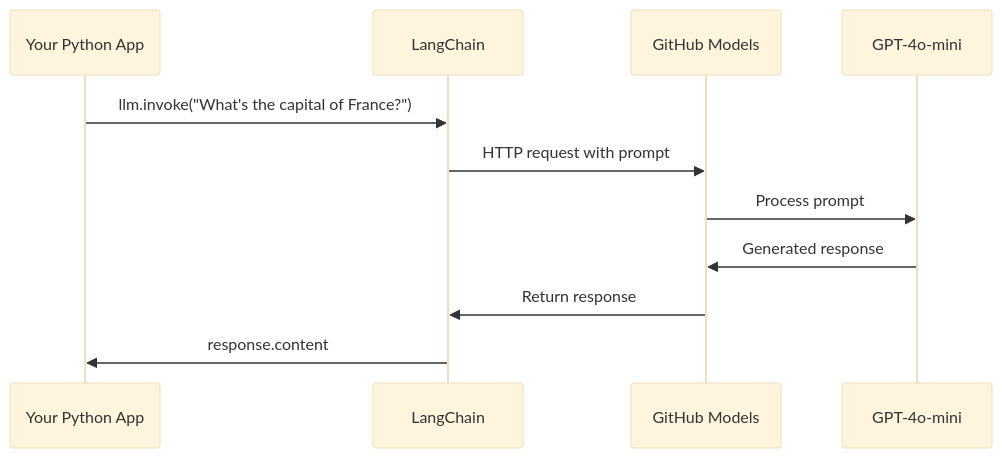
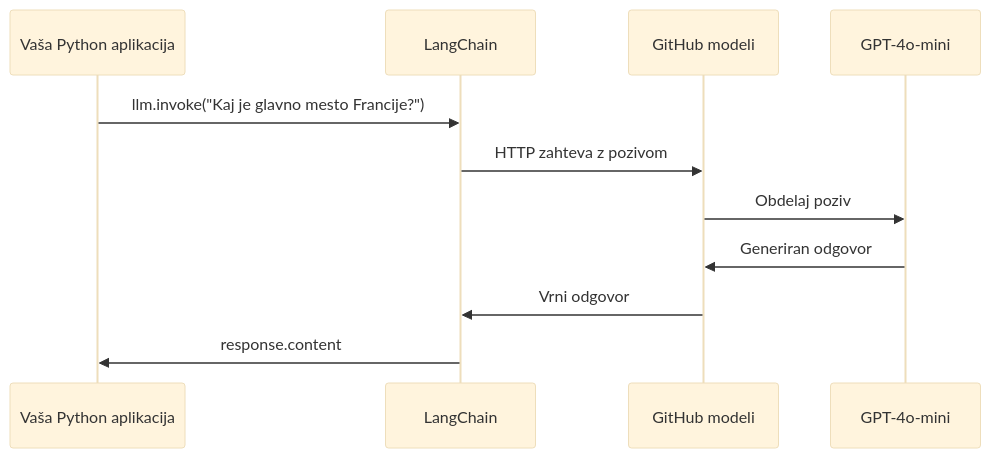
Before and after one commit to microsoft/Web-Dev-For-Beginners: the fifth of 11 diagrams in translations/sl/10-ai-framework-project/README.md, drawn with Mermaid (base theme). The commit also changed other lines of this file and 99 other files, not shown here.

````diff
--- a/translations/sl/10-ai-framework-project/README.md
+++ b/translations/sl/10-ai-framework-project/README.md
@@ -103,14 +215,14 @@
 ```mermaid
 sequenceDiagram
-    participant App as Your Python App
+    participant App as Vaša Python aplikacija
     participant LC as LangChain
-    participant GM as GitHub Models
+    participant GM as GitHub modeli
     participant AI as GPT-4o-mini
     
-    App->>LC: llm.invoke("What's the capital of France?")
-    LC->>GM: HTTP request with prompt
-    GM->>AI: Process prompt
-    AI->>GM: Generated response
-    GM->>LC: Return response
+    App->>LC: llm.invoke("Kaj je glavno mesto Francije?")
+    LC->>GM: HTTP zahteva z pozivom
+    GM->>AI: Obdelaj poziv
+    AI->>GM: Generiran odgovor
+    GM->>LC: Vrni odgovor
     LC->>App: response.content
 ```
````
